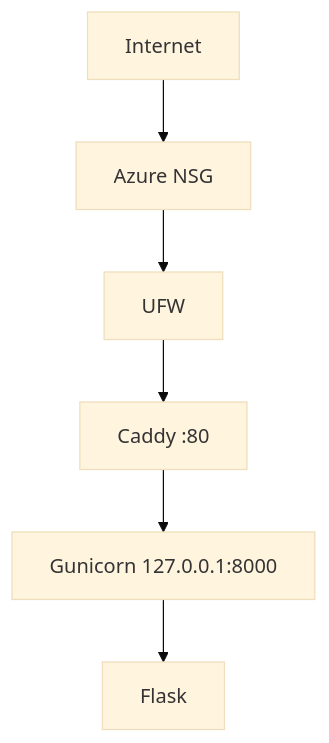
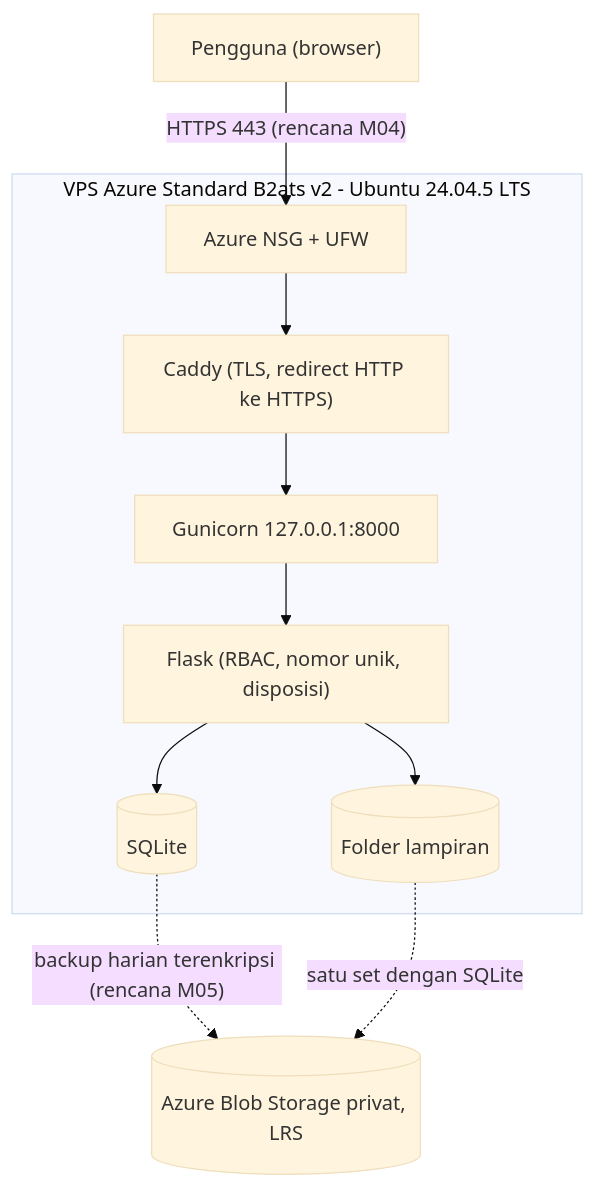
One commit to fennywidiany/cc-25832074005-surat changed the diagram in docs/architecture.md. Above: the diagram before and after it, drawn with Mermaid (base theme). The commit also changed other lines of this file, not shown here.

Commit message:
Revise architecture documentation for M04 and M05
Updated the architecture documentation to reflect the target architecture for plans M04 and M05, including a new flowchart.

````diff
--- a/docs/architecture.md
+++ b/docs/architecture.md
@@ -5,11 +5,13 @@
 ```mermaid
-flowchart TB
-    I[Internet]
-    N[Azure NSG]
-    F[UFW]
-    C[Caddy :80]
-    G[Gunicorn 127.0.0.1:8000]
-    A[Flask]
-
-    I --> N --> F --> C --> G --> A
+flowchart TD
+    U["Pengguna (browser)"] -->|"HTTPS 443 (rencana M04)"| FW["Azure NSG + UFW"]
+    subgraph VPS["VPS Azure Standard B2ats v2 - Ubuntu 24.04.5 LTS"]
+        FW --> C["Caddy (TLS, redirect HTTP ke HTTPS)"]
+        C --> G["Gunicorn 127.0.0.1:8000"]
+        G --> F["Flask (RBAC, nomor unik, disposisi)"]
+        F --> D[("SQLite")]
+        F --> L[("Folder lampiran")]
+    end
+    D -. "backup harian terenkripsi (rencana M05)" .-> B[("Azure Blob Storage privat, LRS")]
+    L -. "satu set dengan SQLite" .-> B
 ```
````
